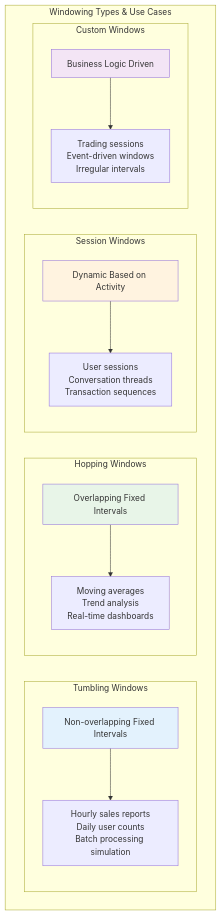
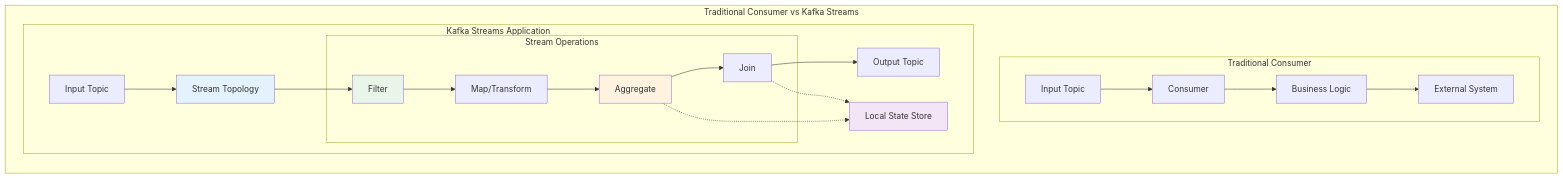
The diagram in class/modules/lesson_15/concept.md (vorrawut/KafkaStarter), drawn with Mermaid before and after one commit. The commit also changed other lines of this file and 204 other files, not shown here.

````diff
--- a/class/modules/lesson_15/concept.md
+++ b/class/modules/lesson_15/concept.md
@@ -13,34 +13,45 @@
 ```mermaid
-graph TB
-    subgraph "Windowing Types & Use Cases"
-        subgraph "Tumbling Windows"
-            TW[Non-overlapping Fixed Intervals]
-            TW_USE[Hourly sales reports<br/>Daily user counts<br/>Batch processing simulation]
+graph LR
+    subgraph "Traditional Consumer vs Kafka Streams"
+        subgraph "Traditional Consumer"
+            INPUT1[Input Topic]
+            CONSUMER[Consumer]
+            LOGIC[Business Logic]
+            OUTPUT1[External System]
         end
         
-        subgraph "Hopping Windows"
-            HW[Overlapping Fixed Intervals]
-            HW_USE[Moving averages<br/>Trend analysis<br/>Real-time dashboards]
-        end
-        
-        subgraph "Session Windows"
-            SW[Dynamic Based on Activity]
-            SW_USE[User sessions<br/>Conversation threads<br/>Transaction sequences]
-        end
-        
-        subgraph "Custom Windows"
-            CW[Business Logic Driven]
-            CW_USE[Trading sessions<br/>Event-driven windows<br/>Irregular intervals]
+        subgraph "Kafka Streams Application"
+            INPUT2[Input Topic]
+            TOPOLOGY[Stream Topology]
+            
+            subgraph "Stream Operations"
+                FILTER[Filter]
+                MAP[Map/Transform]
+                AGGREGATE[Aggregate]
+                JOIN[Join]
+            end
+            
+            OUTPUT2[Output Topic]
+            STATE[Local State Store]
         end
     end
     
-    TW --> TW_USE
-    HW --> HW_USE  
-    SW --> SW_USE
-    CW --> CW_USE
+    INPUT1 --> CONSUMER
+    CONSUMER --> LOGIC
+    LOGIC --> OUTPUT1
     
-    style TW fill:#e3f2fd
-    style HW fill:#e8f5e8
-    style SW fill:#fff3e0
-    style CW fill:#f3e5f5
+    INPUT2 --> TOPOLOGY
+    TOPOLOGY --> FILTER
+    FILTER --> MAP
+    MAP --> AGGREGATE
+    AGGREGATE --> JOIN
+    JOIN --> OUTPUT2
+    
+    AGGREGATE -.-> STATE
+    JOIN -.-> STATE
+    
+    style TOPOLOGY fill:#e3f2fd
+    style FILTER fill:#e8f5e8
+    style AGGREGATE fill:#fff3e0
+    style STATE fill:#f3e5f5
 ```
````
